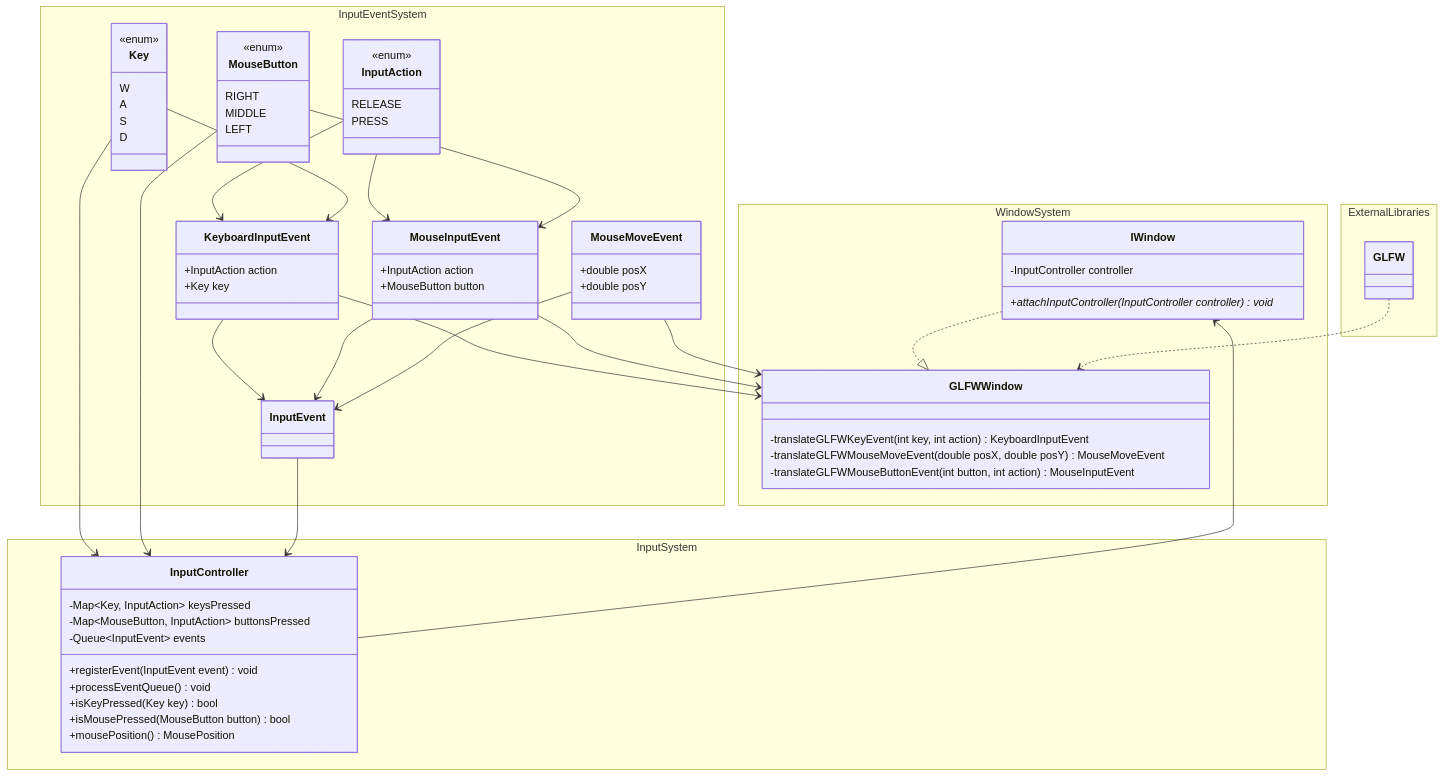
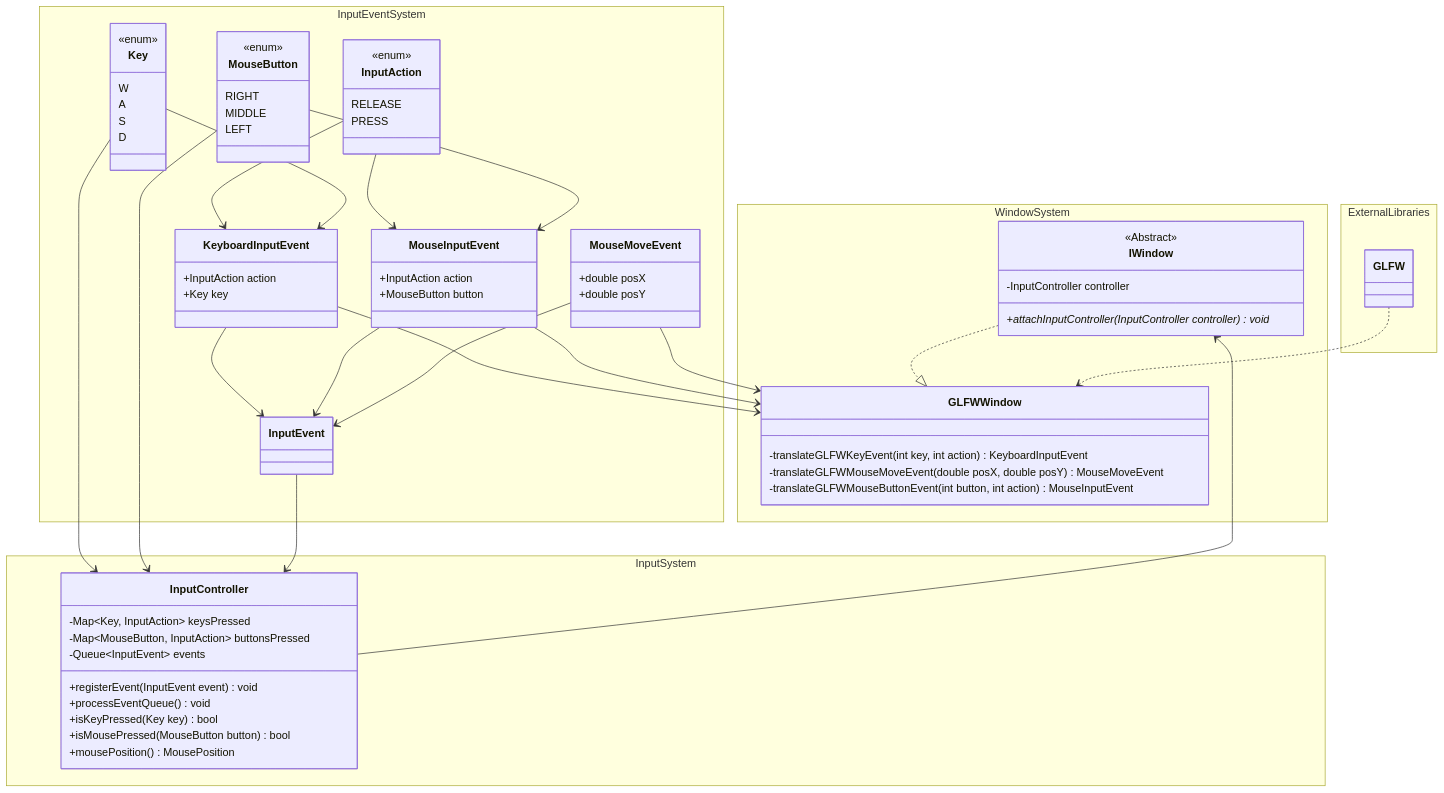
The second of 2 diagrams in docs/architecture/WindowAndInputDesign.md (FelixHommel/StarfighterAlliance), drawn with Mermaid before and after one commit.

Commit message:
docs: add abstract keyword to abstract class

```diff
--- a/docs/architecture/WindowAndInputDesign.md
+++ b/docs/architecture/WindowAndInputDesign.md
@@ -83,6 +83,7 @@
 
   namespace WindowSystem{
     class IWindow{
+      <<Abstract>>
       -InputController controller
 
       +attachInputController(InputController controller)* void
```
